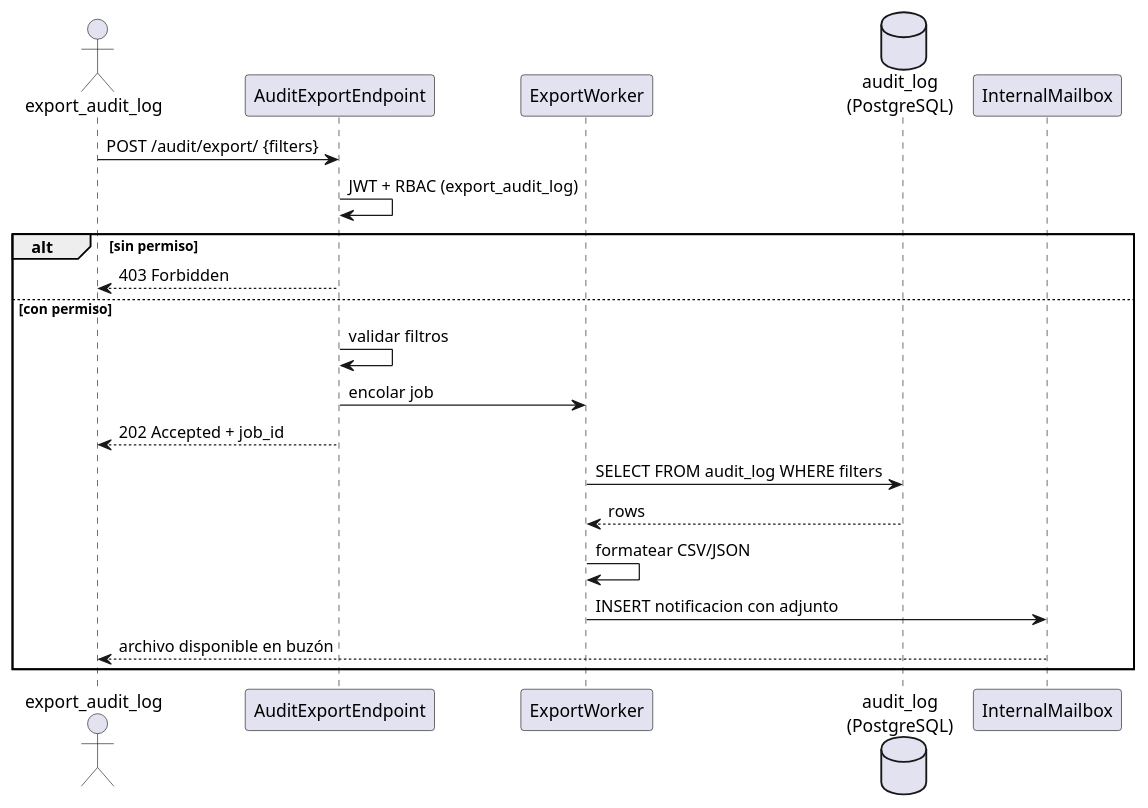
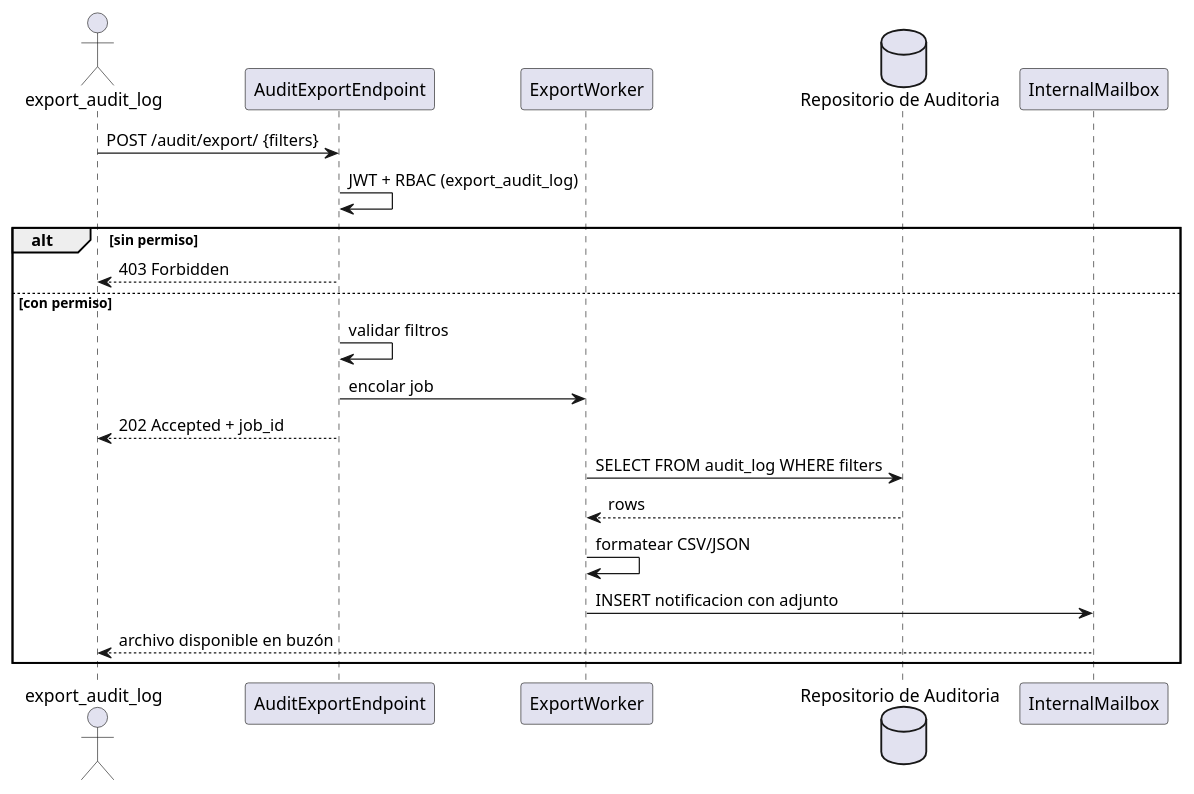
Before and after one commit to jcg-admin/IACT-docs: the fourth of 4 diagrams in source/requisitos/casos-uso/audit/uc-aud-03/diagramas-uml.rst, drawn with PlantUML. The commit also changed 1 other file, not shown here.

Commit message:
Fix remaining tech participant names in UC diagramas-uml files
5 files: uc-auth-01, uc-auth-03, uc-auth-04, uc-usr-01, uc-aud-03.

- LoginView\n(Django) → Servicio de Autenticacion
- Frontend\n(React) → Interfaz de Usuario
- audit_log\n(PostgreSQL) → Repositorio de Auditoria
- database "MariaDB" → Almacen de Datos
- PostgreSQL → Repositorio Operacional

Completes T-006..T-009 from corrections-task-plan.md.

```diff
--- a/source/requisitos/casos-uso/audit/uc-aud-03/diagramas-uml.rst
+++ b/source/requisitos/casos-uso/audit/uc-aud-03/diagramas-uml.rst
@@ -71,24 +71,24 @@
 .. uml::
 
  @startuml
  actor "export_audit_log" as U
  participant "AuditExportEndpoint" as EP
  participant "ExportWorker" as W
- database "audit_log\n(PostgreSQL)" as DB
+ database "Repositorio de Auditoria" as DB
  participant "InternalMailbox" as MB
 
  U -> EP : POST /audit/export/ {filters}
  EP -> EP : JWT + RBAC (export_audit_log)
  alt sin permiso
    EP --> U : 403 Forbidden
  else con permiso
    EP -> EP : validar filtros
    EP -> W : encolar job
    EP --> U : 202 Accepted + job_id
    W -> DB : SELECT FROM audit_log WHERE filters
    DB --> W : rows
    W -> W : formatear CSV/JSON
    W -> MB : INSERT notificacion con adjunto
    MB --> U : archivo disponible en buzón
  end
  @enduml
```
